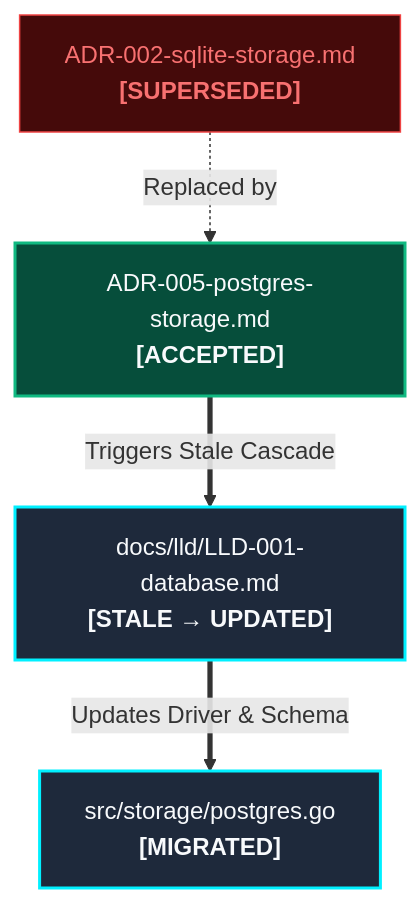
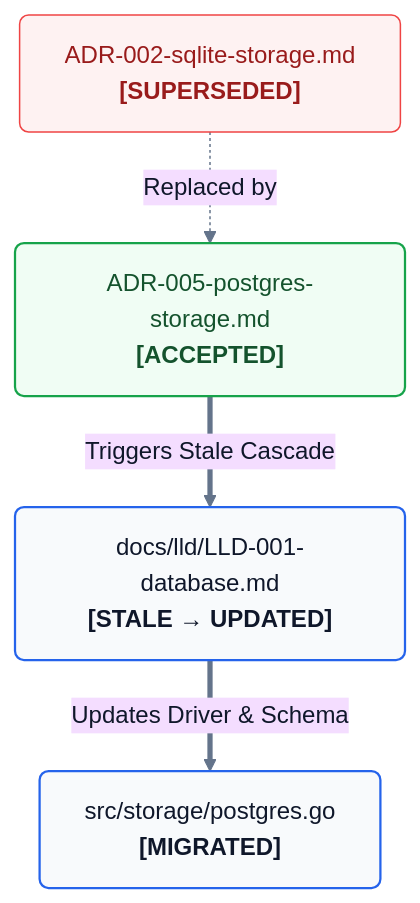
Before and after one commit to seismael/GenOps: the fifth of 8 diagrams in docs/guides/USE_CASES_AND_WORKFLOWS.md, drawn with Mermaid. The commit also changed other lines of this file and 2 other files, not shown here.

Commit message:
docs: establish ContextOps architecture with RFC-001 and documentation for usage workflows and project overview.

````diff
--- a/docs/guides/USE_CASES_AND_WORKFLOWS.md
+++ b/docs/guides/USE_CASES_AND_WORKFLOWS.md
@@ -145,14 +155,15 @@
 ```mermaid
+%%{init: {'theme': 'base', 'themeVariables': { 'fontFamily': 'Inter, system-ui, sans-serif', 'lineColor': '#64748b', 'primaryTextColor': '#0f172a' }}}%%
 flowchart TB
     ADR_OLD["ADR-002-sqlite-storage.md<br/><b>[SUPERSEDED]</b>"] -.->|Replaced by| ADR_NEW["ADR-005-postgres-storage.md<br/><b>[ACCEPTED]</b>"]
     
     ADR_NEW ==>|"Triggers Stale Cascade"| LLD["docs/lld/LLD-001-database.md<br/><b>[STALE → UPDATED]</b>"]
     LLD ==>|"Updates Driver & Schema"| CODE["src/storage/postgres.go<br/><b>[MIGRATED]</b>"]
 
-    classDef oldStyle fill:#450a0a,stroke:#ef4444,stroke-width:1px,color:#f87171;
-    classDef newStyle fill:#064e3b,stroke:#10b981,stroke-width:2px,color:#f8fafc;
-    classDef modStyle fill:#1e293b,stroke:#00f0ff,stroke-width:2px,color:#f8fafc;
+    classDef oldStyle fill:#fef2f2,stroke:#ef4444,stroke-width:1px,color:#991b1b,rx:6px,ry:6px;
+    classDef newStyle fill:#f0fdf4,stroke:#16a34a,stroke-width:1.5px,color:#14532d,rx:6px,ry:6px;
+    classDef modStyle fill:#f8fafc,stroke:#2563eb,stroke-width:1.5px,color:#0f172a,rx:6px,ry:6px;
     class ADR_OLD oldStyle;
     class ADR_NEW newStyle;
     class LLD,CODE modStyle;
 ```
````
